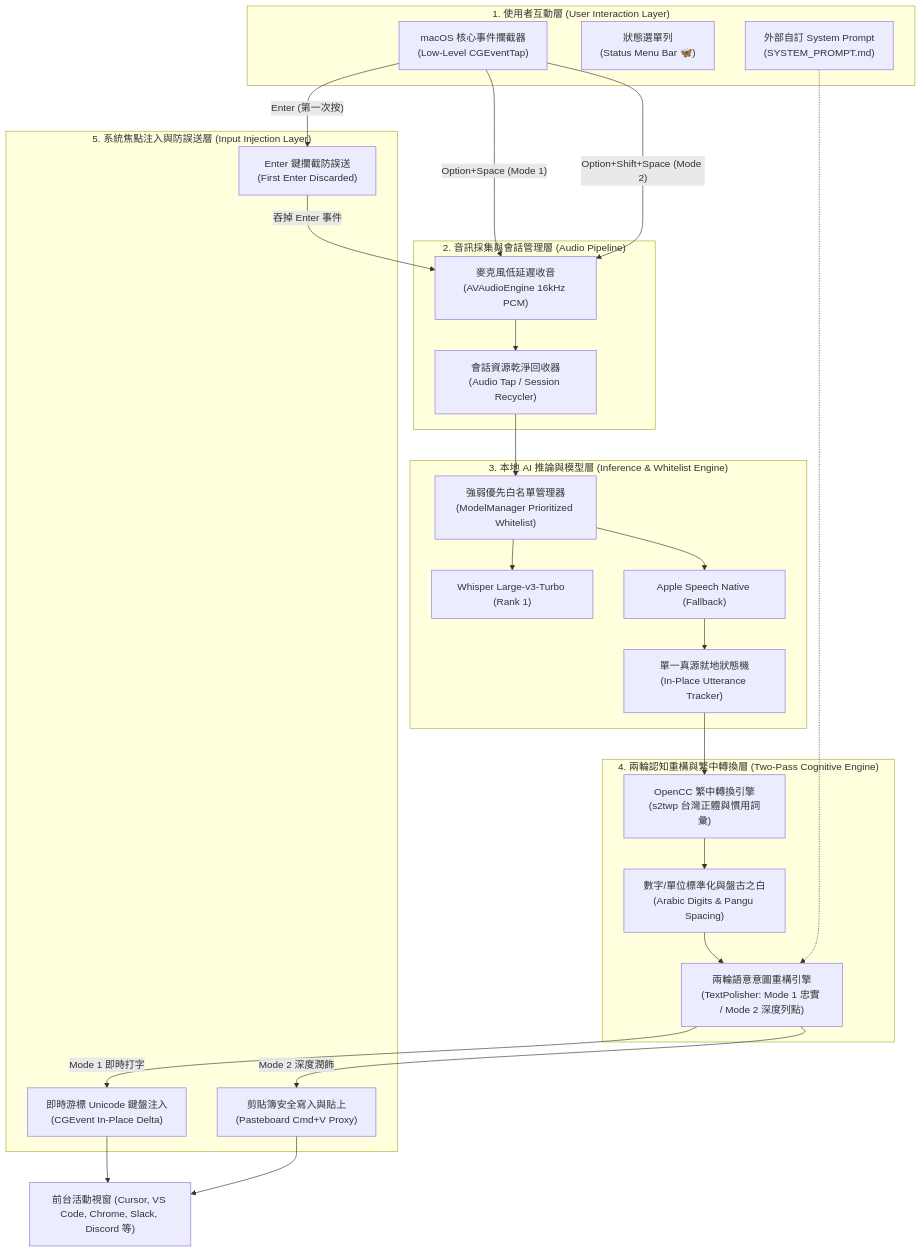
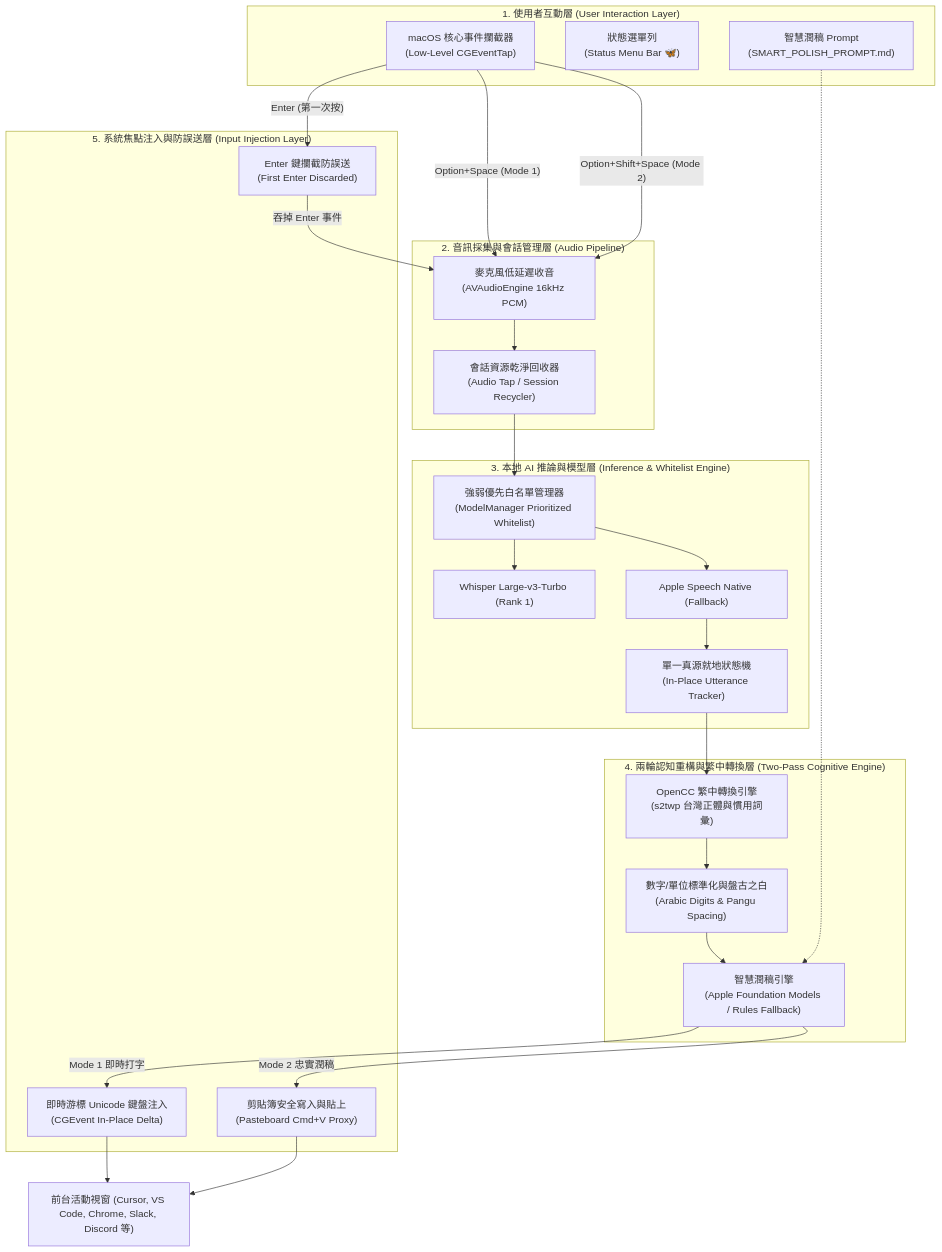
Before and after one commit to daniel-yang1739/butterfly: the first of 2 diagrams in docs/ARCHITECTURE.md, drawn with Mermaid. The commit also changed other lines of this file and 14 other files, not shown here.

Commit message:
Add deferred on-device Smart Polish mode

````diff
--- a/docs/ARCHITECTURE.md
+++ b/docs/ARCHITECTURE.md
@@ -13,51 +13,51 @@
 ```mermaid
 graph TB
     subgraph UserLayer ["1. 使用者互動層 (User Interaction Layer)"]
         CGTap["macOS 核心事件攔截器<br/>(Low-Level CGEventTap)"]
         MenuBar["狀態選單列<br/>(Status Menu Bar 🦋)"]
-        SystemPromptDoc["外部自訂 System Prompt<br/>(SYSTEM_PROMPT.md)"]
+        SystemPromptDoc["智慧潤稿 Prompt<br/>(SMART_POLISH_PROMPT.md)"]
     end
 
     subgraph AudioPipeline ["2. 音訊採集與會話管理層 (Audio Pipeline)"]
         MicCapture["麥克風低延遲收音<br/>(AVAudioEngine 16kHz PCM)"]
         SessionRecycler["會話資源乾淨回收器<br/>(Audio Tap / Session Recycler)"]
     end
 
     subgraph InferenceEngine ["3. 本地 AI 推論與模型層 (Inference & Whitelist Engine)"]
         WhitelistManager["強弱優先白名單管理器<br/>(ModelManager Prioritized Whitelist)"]
         WhisperLarge["Whisper Large-v3-Turbo (Rank 1)"]
         AppleSpeech["Apple Speech Native (Fallback)"]
         SingleSourceAccumulator["單一真源就地狀態機<br/>(In-Place Utterance Tracker)"]
     end
 
     subgraph TextProcessing ["4. 兩輪認知重構與繁中轉換層 (Two-Pass Cognitive Engine)"]
         OpenCC["OpenCC 繁中轉換引擎<br/>(s2twp 台灣正體與慣用詞彙)"]
         TextFormatter["數字/單位標準化與盤古之白<br/>(Arabic Digits & Pangu Spacing)"]
-        CognitivePolisher["兩輪語意意圖重構引擎<br/>(TextPolisher: Mode 1 忠實 / Mode 2 深度列點)"]
+        CognitivePolisher["智慧潤稿引擎<br/>(Apple Foundation Models / Rules Fallback)"]
     end
 
     subgraph InputInjection ["5. 系統焦點注入與防誤送層 (Input Injection Layer)"]
         EnterSwallower["Enter 鍵攔截防誤送<br/>(First Enter Discarded)"]
         LiveStreamingDelta["即時游標 Unicode 鍵盤注入<br/>(CGEvent In-Place Delta)"]
         ClipboardProxy["剪貼簿安全寫入與貼上<br/>(Pasteboard Cmd+V Proxy)"]
     end
 
     %% Flow Connections
     CGTap -->|"Option+Space (Mode 1)"| MicCapture
     CGTap -->|"Option+Shift+Space (Mode 2)"| MicCapture
     CGTap -->|"Enter (第一次按)"| EnterSwallower
     EnterSwallower -->|"吞掉 Enter 事件"| MicCapture
     MicCapture --> SessionRecycler
     SessionRecycler --> WhitelistManager
     WhitelistManager --> WhisperLarge
     WhitelistManager --> AppleSpeech
     AppleSpeech --> SingleSourceAccumulator
     SingleSourceAccumulator --> OpenCC
     OpenCC --> TextFormatter
     TextFormatter --> CognitivePolisher
     SystemPromptDoc -.-> CognitivePolisher
     CognitivePolisher -->|"Mode 1 即時打字"| LiveStreamingDelta
-    CognitivePolisher -->|"Mode 2 深度潤飾"| ClipboardProxy
+    CognitivePolisher -->|"Mode 2 忠實潤稿"| ClipboardProxy
     LiveStreamingDelta --> FocusedApp["前台活動視窗 (Cursor, VS Code, Chrome, Slack, Discord 等)"]
     ClipboardProxy --> FocusedApp
 ```
````
